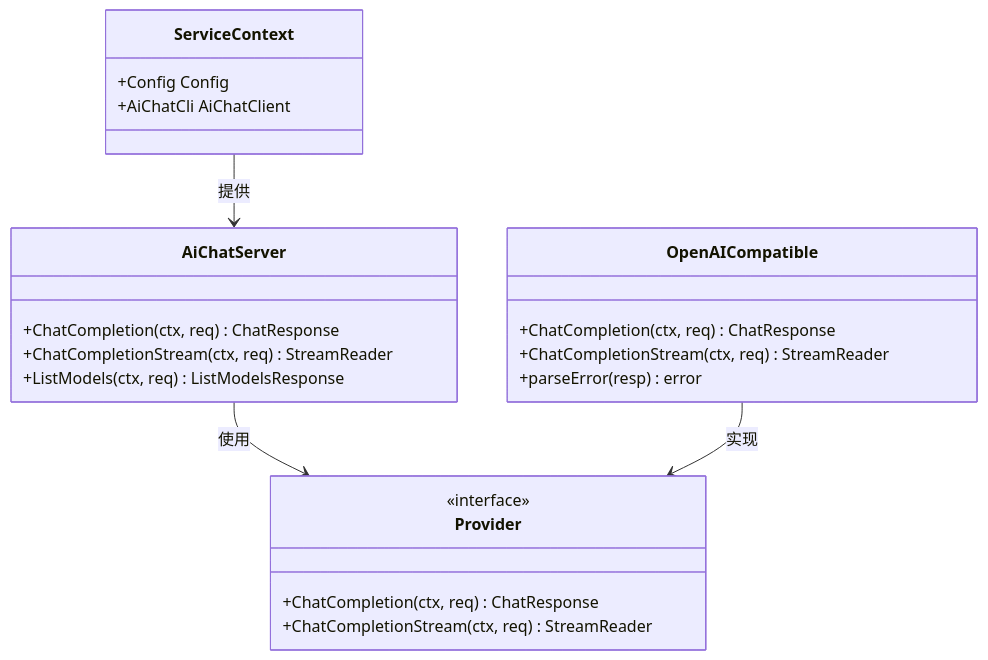
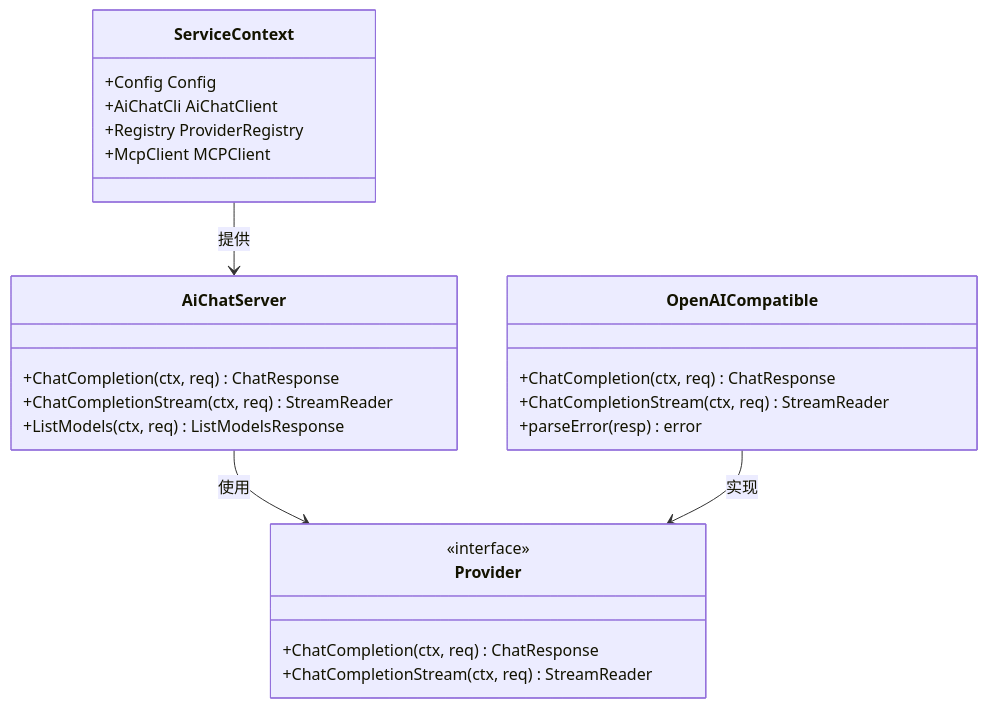
Before and after one commit to maomao94/zero-service: the fourth of 11 diagrams in .qoder/repowiki/zh/content/网关与接口/AI网关服务.md, drawn with Mermaid. The commit also changed other lines of this file and 11 other files, not shown here.

````diff
--- a/.qoder/repowiki/zh/content/网关与接口/AI网关服务.md
+++ b/.qoder/repowiki/zh/content/网关与接口/AI网关服务.md
@@ -239,25 +270,27 @@
 ```mermaid
 classDiagram
 class AiChatServer {
 +ChatCompletion(ctx, req) ChatResponse
 +ChatCompletionStream(ctx, req) StreamReader
 +ListModels(ctx, req) ListModelsResponse
 }
 class Provider {
 <<interface>>
 +ChatCompletion(ctx, req) ChatResponse
 +ChatCompletionStream(ctx, req) StreamReader
 }
 class ServiceContext {
 +Config Config
 +AiChatCli AiChatClient
++Registry ProviderRegistry
++McpClient MCPClient
 }
 class OpenAICompatible {
 +ChatCompletion(ctx, req) ChatResponse
 +ChatCompletionStream(ctx, req) StreamReader
 +parseError(resp) error
 }
 AiChatServer --> Provider : 使用
 ServiceContext --> AiChatServer : 提供
 OpenAICompatible --> Provider : 实现
 ```
````
